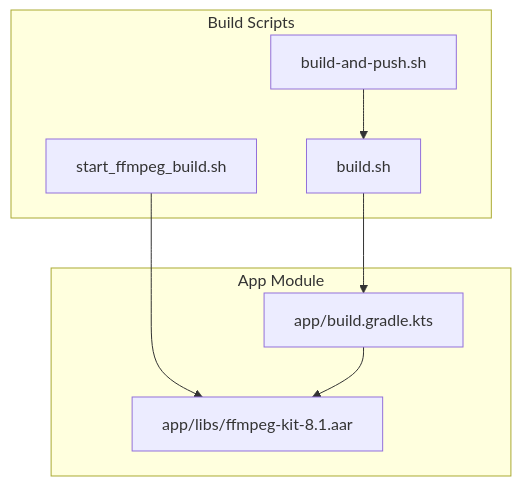
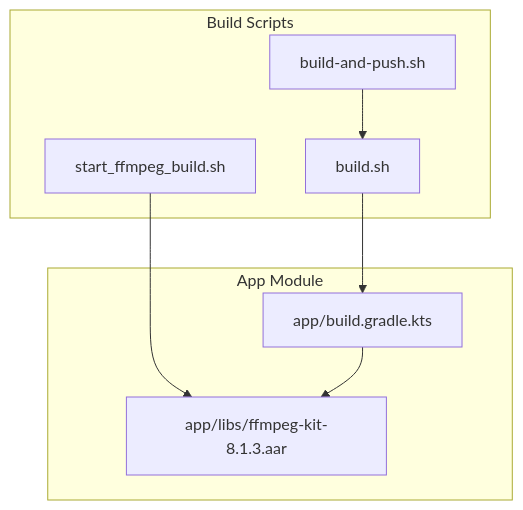
One commit to pisces312/StreamClip changed the first of 4 diagrams in .qoder/repowiki/en/content/Build and Configuration/Native Compilation.md. Above: the diagram before and after it, drawn with Mermaid. The commit also changed other lines of this file and 10 other files, not shown here.

First line of the commit message:
build(ffmpeg): 升级到自编译 ffmpeg-kit 8.1.3

````diff
--- a/.qoder/repowiki/en/content/Build and Configuration/Native Compilation.md
+++ b/.qoder/repowiki/en/content/Build and Configuration/Native Compilation.md
@@ -39,16 +39,16 @@
 ```mermaid
 graph TB
 subgraph "Build Scripts"
 SFB["start_ffmpeg_build.sh"]
 BS["build.sh"]
 BPS["build-and-push.sh"]
 end
 subgraph "App Module"
 BG["app/build.gradle.kts"]
-AAR["app/libs/ffmpeg-kit-8.1.aar"]
+AAR["app/libs/ffmpeg-kit-8.1.3.aar"]
 end
 SFB --> AAR
 BS --> BG
 BPS --> BS
 BG --> AAR
 ```
````
